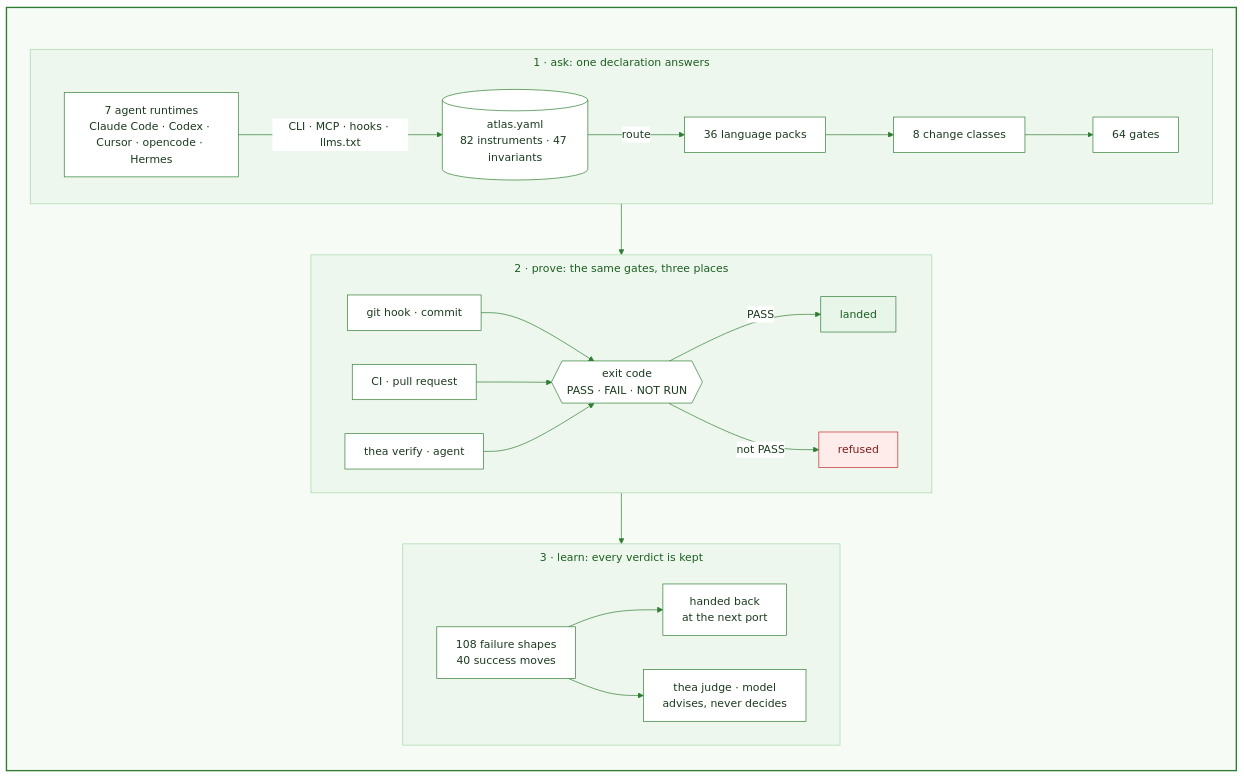
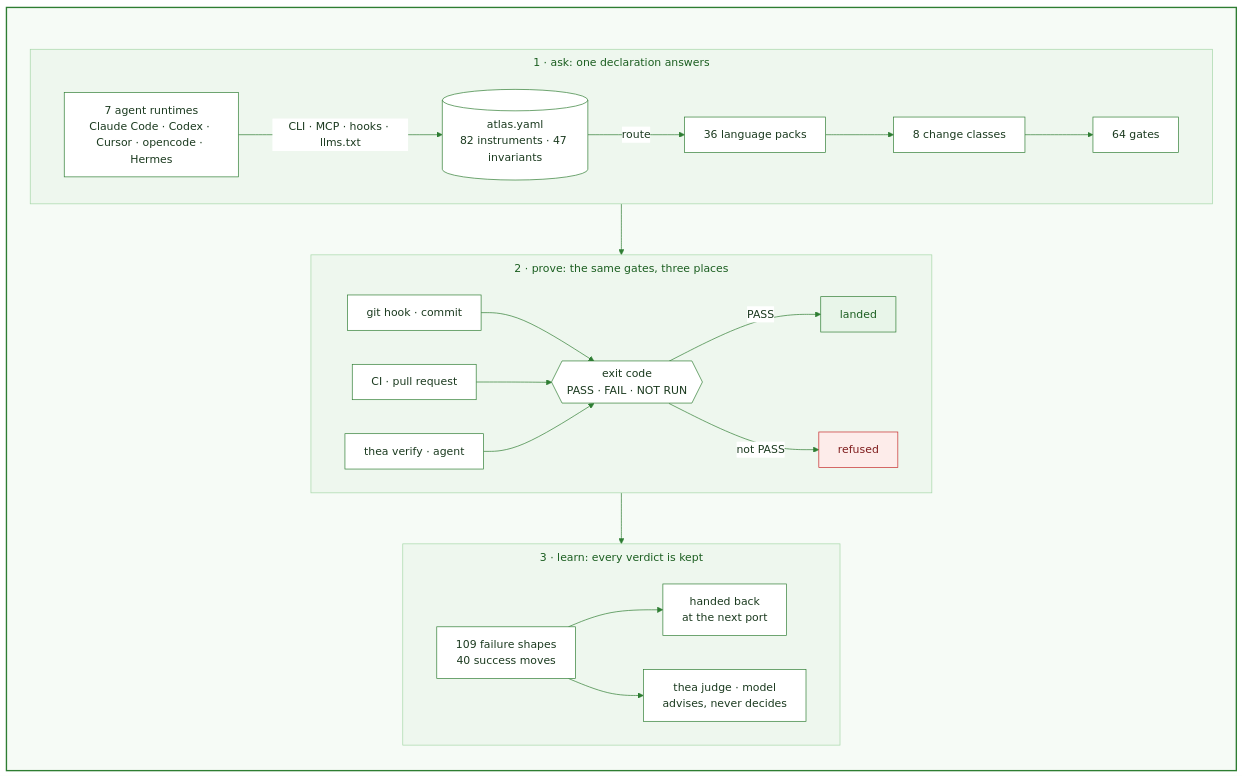
Before and after one commit to HLIntel/Headron: the diagram in README.md, drawn with Mermaid. The commit also changed other lines of this file and 7 other files, not shown here.

````diff
--- a/README.md
+++ b/README.md
@@ -40,45 +40,45 @@
 ```mermaid
 ---
 config:
   theme: base
   themeVariables:
     primaryColor: "#ffffff"
     primaryBorderColor: "#2e7d32"
     primaryTextColor: "#1b3a1f"
     lineColor: "#2e7d32"
     clusterBkg: "#eef7ee"
     clusterBorder: "#a5d6a7"
     titleColor: "#1b5e20"
   flowchart:
     subGraphTitleMargin: {top: 8, bottom: 16}
     padding: 14
 ---
 flowchart TB
   accTitle: How Thea proves a change
   accDescr: 7 runtimes ask, atlas.yaml routes to 1 of 36 packs and 64 gates, the same gates run at commit, in CI and in thea verify, anything but PASS is refused, verdicts feed the failure and success ledgers, a trained judge only advises
   subgraph thea [" "]
     direction TB
     subgraph ask [1 · ask: one declaration answers]
       direction LR
       A[7 agent runtimes<br>Claude Code · Codex · Cursor · opencode · Hermes] -->|CLI · MCP · hooks · llms.txt| D[(atlas.yaml<br>82 instruments · 47 invariants)]
       D -->|route| P[36 language packs] --> K[8 change classes] --> G[64 gates]
     end
     subgraph run [2 · prove: the same gates, three places]
       direction LR
       H[git hook · commit] & C[CI · pull request] & R[thea verify · agent] --> V{{exit code<br>PASS · FAIL · NOT RUN}}
       V -->|PASS| M[landed]
       V -->|not PASS| X[refused]
     end
     subgraph learn [3 · learn: every verdict is kept]
       direction LR
-      F[108 failure shapes<br>40 success moves] --> N[handed back<br>at the next port]
+      F[109 failure shapes<br>40 success moves] --> N[handed back<br>at the next port]
       F --> J[thea judge · model<br>advises, never decides]
     end
     ask --> run --> learn
   end
   style thea fill:#f6fbf6,stroke:#2e7d32,stroke-width:2px
   classDef stop fill:#fdecea,stroke:#c62828,color:#7f1d1d
   classDef go fill:#e8f5e9,stroke:#2e7d32,color:#1b5e20
   class X stop
   class M go
 ```
````
